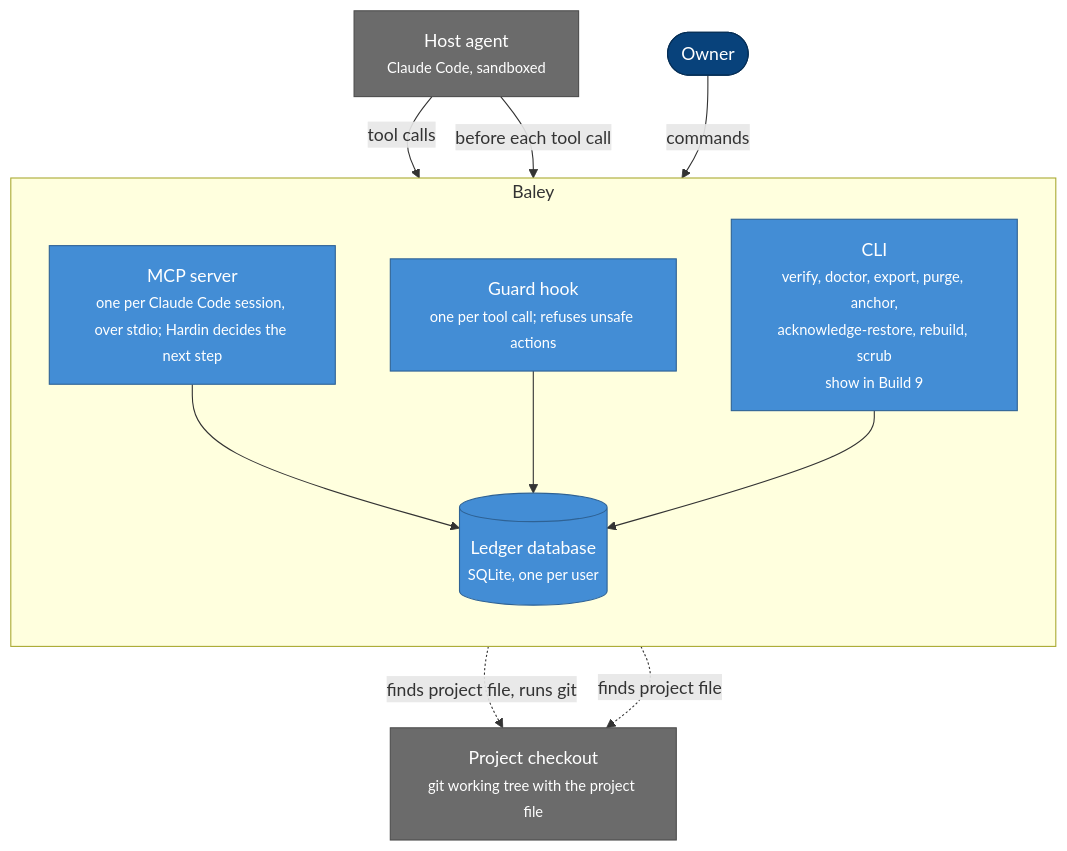
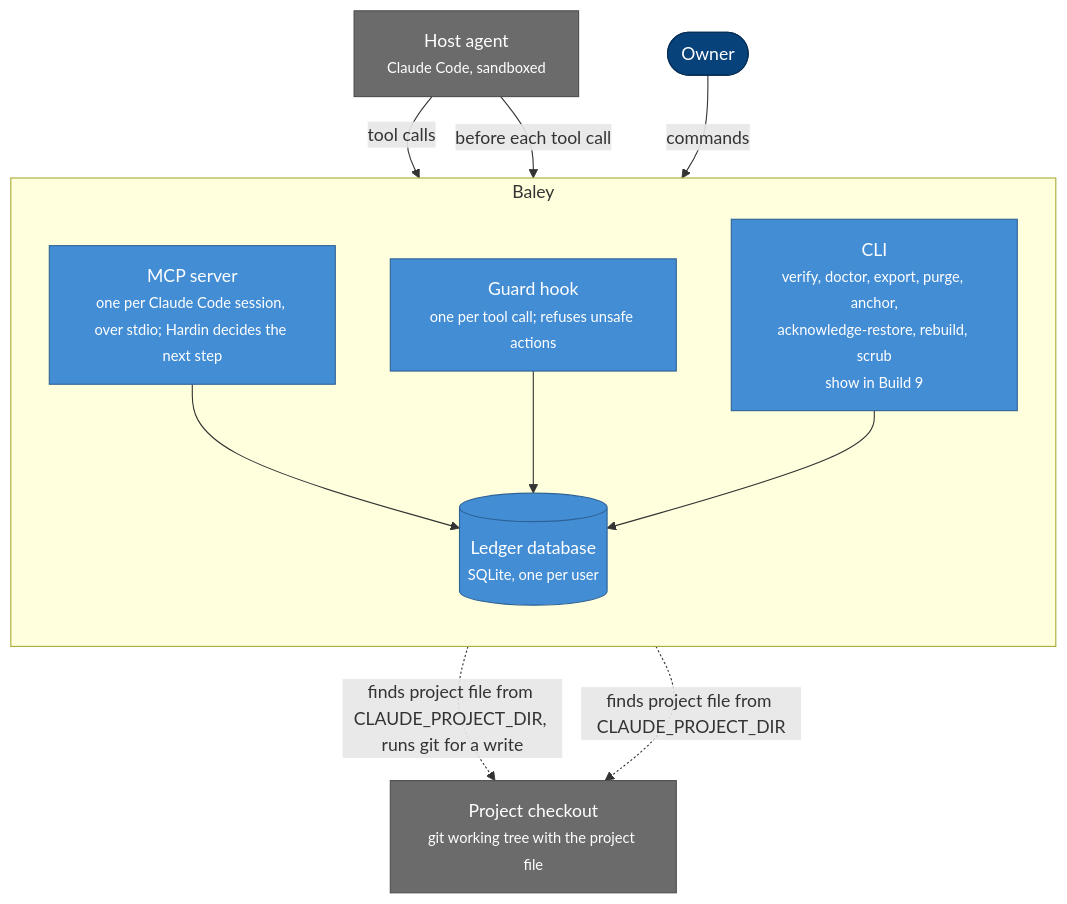
One commit to crenshawdev/baley changed the second of 14 diagrams in docs/design/0001-evidence-ledger.md. Above: the diagram before and after it, drawn with Mermaid. The commit also changed other lines of this file, not shown here.

First line of the commit message:
docs(design): describe the server's checkout admission and policy step in design 0001

````diff
--- a/docs/design/0001-evidence-ledger.md
+++ b/docs/design/0001-evidence-ledger.md
@@ -144,27 +144,27 @@
 ```mermaid
 flowchart TB
   owner(["Owner"])
   host["Host agent<br/><small>Claude Code, sandboxed</small>"]
   subgraph baley [Baley]
     direction TB
     server["MCP server<br/><small>one per Claude Code session, over stdio; Hardin decides the next step</small>"]
     guard["Guard hook<br/><small>one per tool call; refuses unsafe actions</small>"]
     cli["CLI<br/><small>verify, doctor, export, purge, anchor,<br/>acknowledge-restore, rebuild, scrub<br/>show in Build 9</small>"]
     db[("Ledger database<br/><small>SQLite, one per user</small>")]
   end
   checkout["Project checkout<br/><small>git working tree with the project file</small>"]
   host -->|tool calls| server
   host -->|before each tool call| guard
   owner -->|commands| cli
   server --> db
   guard --> db
   cli --> db
-  server -.->|finds project file, runs git| checkout
-  guard -.->|finds project file| checkout
+  server -.->|finds project file from CLAUDE_PROJECT_DIR, runs git for a write| checkout
+  guard -.->|finds project file from CLAUDE_PROJECT_DIR| checkout
   classDef person fill:#08427b,stroke:#052e56,color:#fff
   classDef container fill:#438dd5,stroke:#2e6295,color:#fff
   classDef external fill:#6b6b6b,stroke:#4d4d4d,color:#fff
   class owner person
   class server,guard,cli,db container
   class host,checkout external
 ```
````
